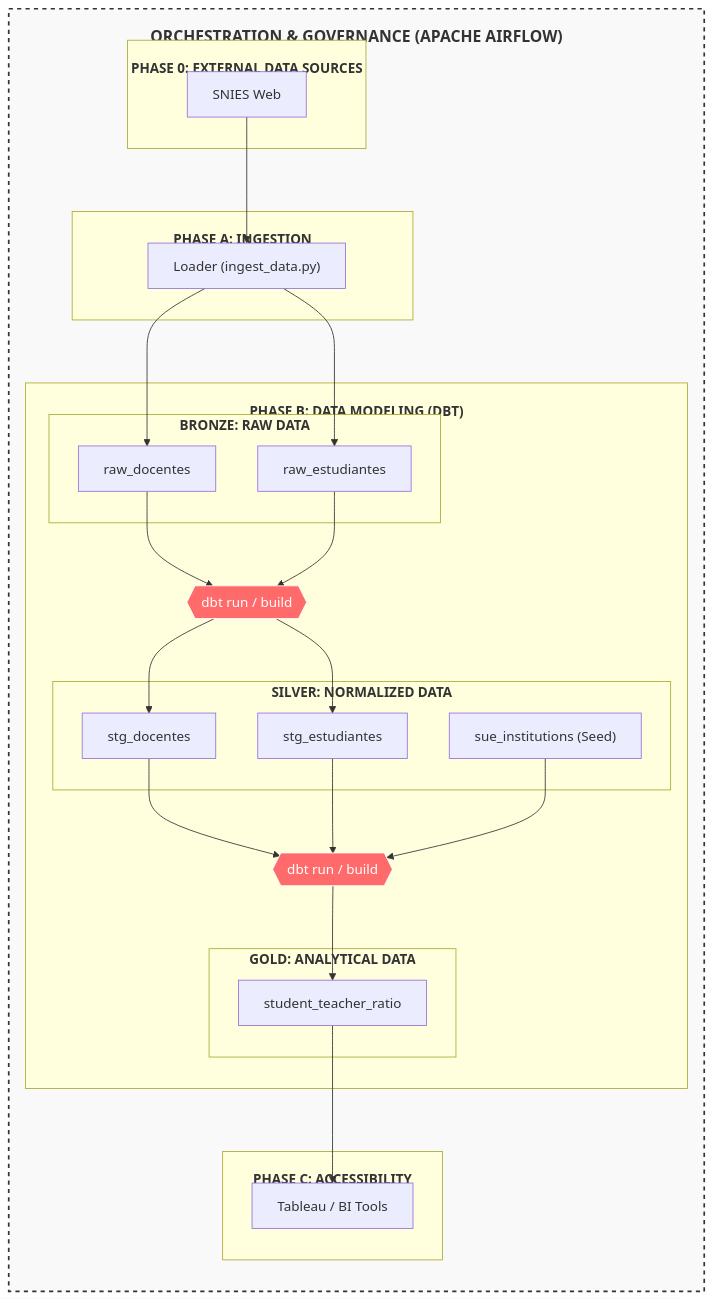
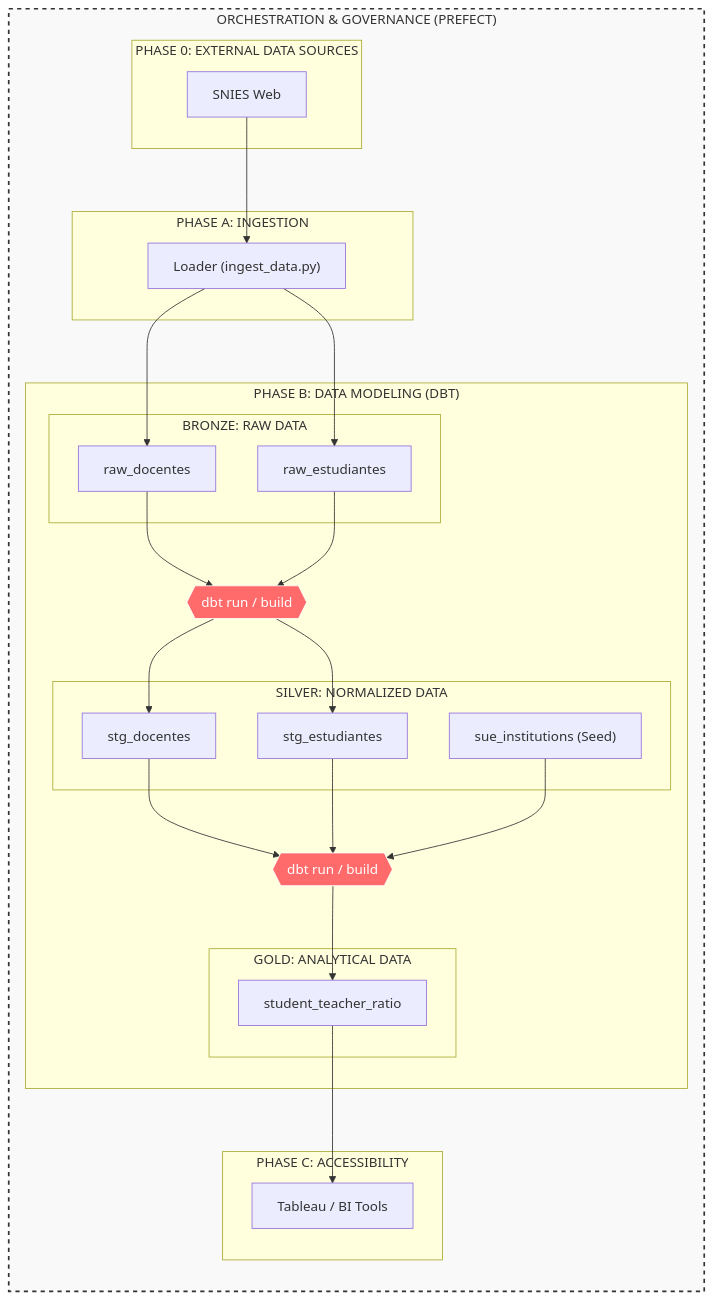
The diagram in README.md (dicrojasch/snies-challenge), drawn with Mermaid before and after one commit. The commit also changed 98 other files, not shown here.

````diff
--- a/README.md
+++ b/README.md
@@ -9,60 +9,60 @@
 ```mermaid
 graph TD
     %% Orchestration Layer
-    subgraph Orchestration ["<h3>ORCHESTRATION & GOVERNANCE (APACHE AIRFLOW)</h3>"]
+    subgraph Orchestration ["ORCHESTRATION & GOVERNANCE (PREFECT)"]
         direction TB
         
-        subgraph External_Sources ["<h4>PHASE 0: EXTERNAL DATA SOURCES</h4>"]
+        subgraph External_Sources ["PHASE 0: EXTERNAL DATA SOURCES"]
             Web2023["SNIES Web"]
         end
 
-        subgraph Phase_A ["<h4>PHASE A: INGESTION</h4>"]
+        subgraph Phase_A ["PHASE A: INGESTION"]
             Loader["Loader (ingest_data.py)"]
         end
 
-        subgraph Phase_B ["<h4>PHASE B: DATA MODELING (DBT)</h4>"]
+        subgraph Phase_B ["PHASE B: DATA MODELING (DBT)"]
             
-            subgraph Bronze_Layer ["<b>BRONZE: RAW DATA</b>"]
+            subgraph Bronze_Layer ["BRONZE: RAW DATA"]
                 table_docentes["raw_docentes"]
                 table_estudiantes["raw_estudiantes"]
             end
 
             dbt_transform_silver{{"dbt run / build"}}
 
-            subgraph Silver_Layer ["<b>SILVER: NORMALIZED DATA</b>"]
+            subgraph Silver_Layer ["SILVER: NORMALIZED DATA"]
                 stg_docentes["stg_docentes"]
                 stg_estudiantes["stg_estudiantes"]
                 sue_seed["sue_institutions (Seed)"]
             end
 
             dbt_transform_gold{{"dbt run / build"}}
 
-            subgraph Gold_Layer ["<b>GOLD: ANALYTICAL DATA</b>"]
+            subgraph Gold_Layer ["GOLD: ANALYTICAL DATA"]
                 final_metrics["student_teacher_ratio"]
             end
         end
 
-        subgraph Consumption ["<h4>PHASE C: ACCESSIBILITY</h4>"]
+        subgraph Consumption ["PHASE C: ACCESSIBILITY"]
             BI["Tableau / BI Tools"]
         end
     end
 
     %% Data Flow & Orchestration Links
     Web2023 --> Loader
     Loader --> table_docentes
     Loader --> table_estudiantes
 
     %% DBT Transitions
     table_docentes & table_estudiantes --> dbt_transform_silver
     dbt_transform_silver --> stg_docentes & stg_estudiantes
     
     stg_docentes & stg_estudiantes & sue_seed --> dbt_transform_gold
     dbt_transform_gold --> final_metrics
 
     final_metrics --> BI
 
     %% Styling
     style Orchestration fill:#f9f9f9,stroke:#333,stroke-width:2px,stroke-dasharray: 5 5
     style dbt_transform_silver fill:#ff6b6b,stroke:#fff,color:#fff
     style dbt_transform_gold fill:#ff6b6b,stroke:#fff,color:#fff
 ```
````
